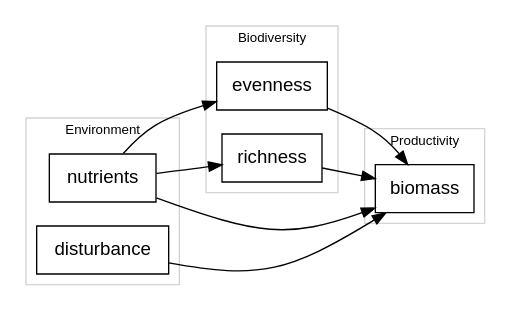
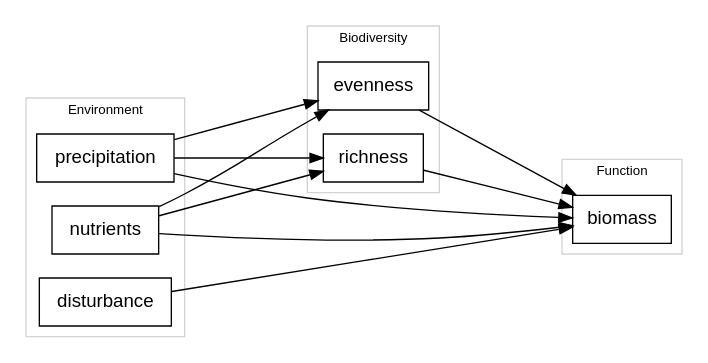
Before and after one commit to pennekampster/Swiss_SEM: the first of 10 diagrams in 5_Slides/Intro_to_SEM_part2.qmd, drawn with Graphviz. The commit also changed other lines of this file and 5 other files, not shown here.

````diff
--- a/5_Slides/Intro_to_SEM_part2.qmd
+++ b/5_Slides/Intro_to_SEM_part2.qmd
@@ -48,45 +50,48 @@
 ```{dot}
-//| fig-width: 6
+//| fig-width: 9
 digraph  {
 
    # a 'graph' statement
-  graph [overlap = false, fontsize = 10, splines = curved, rankdir = LR]
+  graph [overlap = false, fontsize = 10, rankdir = LR, ranksep=1.5]
 
   # several 'node' statements
   node [shape = box,
         fontname = Helvetica]
   
    subgraph cluster_bio {
         label="Biodiversity"
         fontname = Helvetica
 		    color=lightgrey;
         evenness, richness;
         }
 
 
    subgraph cluster_env {
         label="Environment"
         fontname = Helvetica
      		color=lightgrey;
-
+        precipitation;
         nutrients;
         disturbance;
         }
 
+    precipitation->richness;
+    precipitation->evenness;
+    precipitation->biomass;
     nutrients->richness;
     nutrients->evenness;
     nutrients->biomass;
     disturbance -> biomass;
 
    subgraph cluster_prod {
-     label="Productivity";
+     label="Function";
      fontname = Helvetica;
      color=lightgrey;
      biomass; 
      }
 
     evenness->biomass ;
     richness->biomass ;
   
 }
 ```
````
